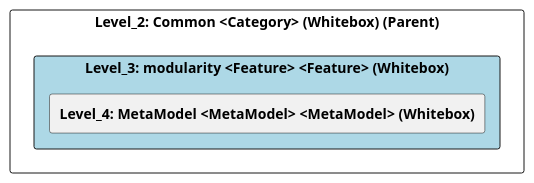
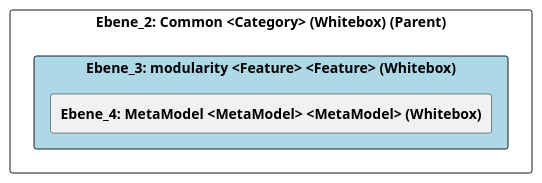
The diagram in doc/cleonproject_deliverables_architecture_model_architecture/adoc/de/05_bausteinsicht/cleon/common/modularity/ebene_3_modularity.adoc (marcozwyssig/cleon), drawn with PlantUML before and after one commit. The commit also changed other lines of this file and 258 other files, not shown here.

```diff
--- a/doc/cleonproject_deliverables_architecture_model_architecture/adoc/de/05_bausteinsicht/cleon/common/modularity/ebene_3_modularity.adoc
+++ b/doc/cleonproject_deliverables_architecture_model_architecture/adoc/de/05_bausteinsicht/cleon/common/modularity/ebene_3_modularity.adoc
@@ -24,24 +24,24 @@
-[plantuml, Level_3: modularity <Feature> <Feature> (Whitebox)BlockOverview, format="svg"]
+[plantuml, Ebene_3: modularity <Feature> <Feature> (Whitebox)BlockOverview, format="svg"]
 ----
-@startuml Level_3: modularity <Feature> <Feature> (Whitebox)BuildingBlockOverview
+@startuml Ebene_3: modularity <Feature> <Feature> (Whitebox)BuildingBlockOverview
 
 skinparam ranksep 10
 skinparam componentStyle rectangle
 skinparam shadowing false
 skinparam arrowColor lightblue
 skinparam arrowThickness 1.2
 skinparam rectangle {
   BackgroundColor White
   BorderColor #333
   RoundCorner 10
 }
 top to bottom direction
 
-component "Level_2: Common <Category> (Whitebox) (Parent)" {
-    component "Level_3: modularity <Feature> <Feature> (Whitebox)" #lightblue {
-        [**Level_4: MetaModel <MetaModel> <MetaModel> (Whitebox)**] as 4A570571_D579_11EE_903E_9F564E4DE07E
+component "Ebene_2: Common <Category> (Whitebox) (Parent)" {
+    component "Ebene_3: modularity <Feature> <Feature> (Whitebox)" #lightblue {
+        [**Ebene_4: MetaModel <MetaModel> <MetaModel> (Whitebox)**] as 4A570571_D579_11EE_903E_9F564E4DE07E
     }
 }
 
 @enduml
 ----
```
